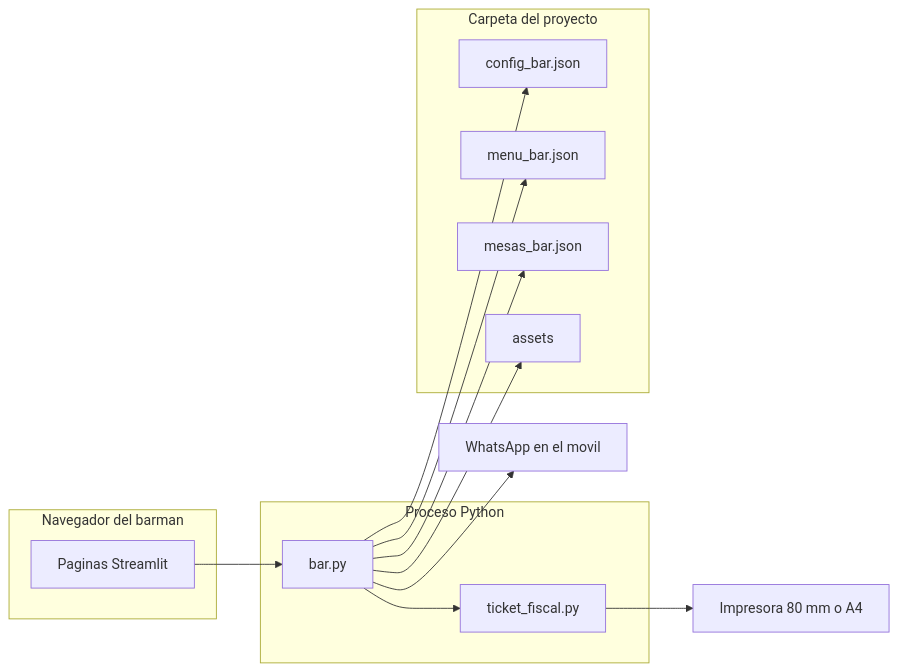
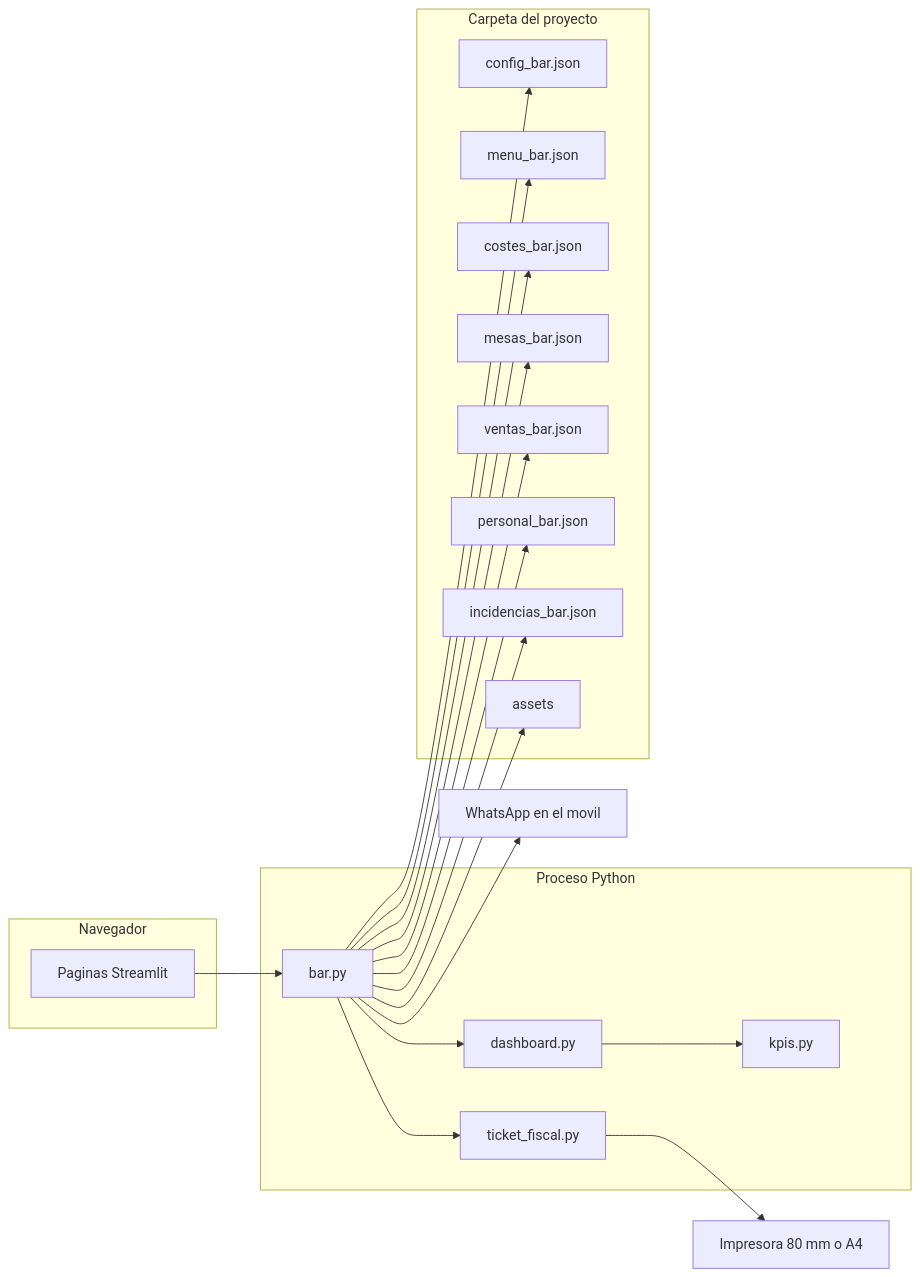
One commit to gracobjo/bar changed the eighth of 9 diagrams in docs/diagramas-uml.md. Above: the diagram before and after it, drawn with Mermaid. The commit also changed other lines of this file and 9 other files, not shown here.

````diff
--- a/docs/diagramas-uml.md
+++ b/docs/diagramas-uml.md
@@ -186,24 +229,36 @@
 ```mermaid
 flowchart LR
-  subgraph navegador [Navegador del barman]
+  subgraph navegador [Navegador]
     ui[Paginas Streamlit]
   end
   subgraph proceso [Proceso Python]
     bar[bar.py]
+    dash[dashboard.py]
+    kpi[kpis.py]
     fiscal[ticket_fiscal.py]
   end
   subgraph disco [Carpeta del proyecto]
     cfg[config_bar.json]
     menu[menu_bar.json]
+    costes[costes_bar.json]
     mesas[mesas_bar.json]
+    ventas[ventas_bar.json]
+    personal[personal_bar.json]
+    incidencias[incidencias_bar.json]
     logo[assets]
   end
   ui --> bar
+  bar --> dash
+  dash --> kpi
   bar --> fiscal
   bar --> cfg
   bar --> menu
+  bar --> costes
   bar --> mesas
+  bar --> ventas
+  bar --> personal
+  bar --> incidencias
   bar --> logo
   bar --> wa[WhatsApp en el movil]
   fiscal --> papel[Impresora 80 mm o A4]
 ```
````
